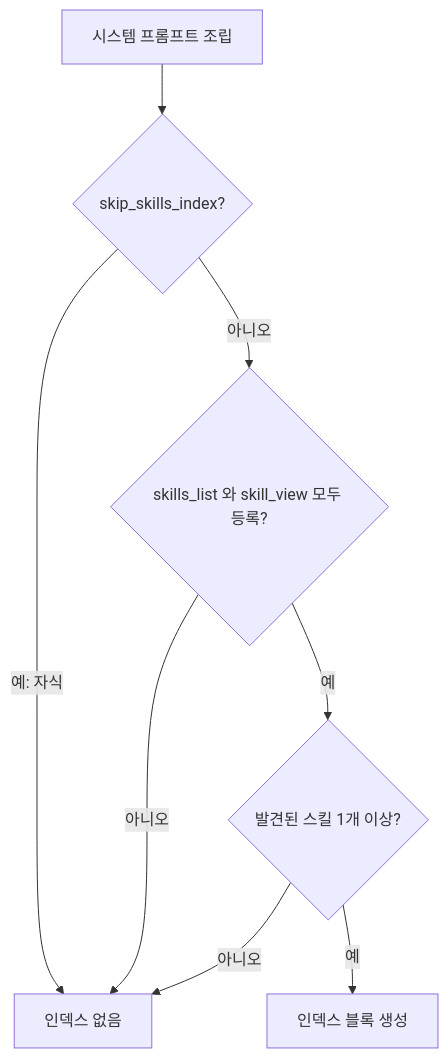
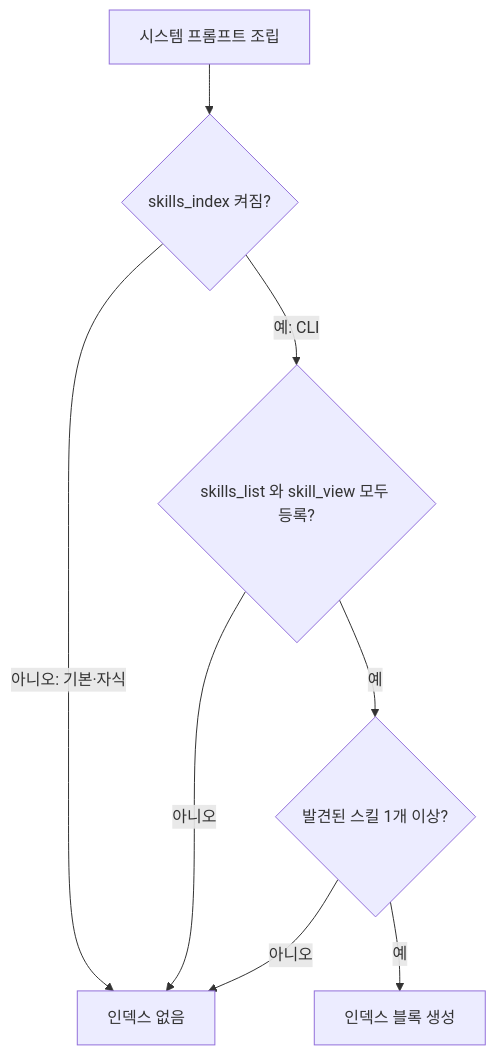
The fourth of 4 diagrams in docs/로드맵/08-스킬-인덱스-주입-MVP/ROADMAP.md (RadiantCitron/hermes-agent-study), drawn with Mermaid before and after one commit. The commit also changed other lines of this file and 2 other files, not shown here.

First line of the commit message:
docs(roadmap): R08-PLAN - 구현지시서 020 에이전트 연동과 세션 고정

````diff
--- a/docs/로드맵/08-스킬-인덱스-주입-MVP/ROADMAP.md
+++ b/docs/로드맵/08-스킬-인덱스-주입-MVP/ROADMAP.md
@@ -120,10 +121,10 @@
 ```mermaid
 flowchart TD
-  S[시스템 프롬프트 조립] --> Q1{skip_skills_index?}
-  Q1 -- 예: 자식 --> N[인덱스 없음]
-  Q1 -- 아니오 --> Q2{skills_list 와 skill_view 모두 등록?}
+  S[시스템 프롬프트 조립] --> Q1{skills_index 켜짐?}
+  Q1 -- 아니오: 기본·자식 --> N[인덱스 없음]
+  Q1 -- 예: CLI --> Q2{skills_list 와 skill_view 모두 등록?}
   Q2 -- 아니오 --> N
   Q2 -- 예 --> Q3{발견된 스킬 1개 이상?}
   Q3 -- 아니오 --> N
   Q3 -- 예 --> Y[인덱스 블록 생성]
 ```
````
